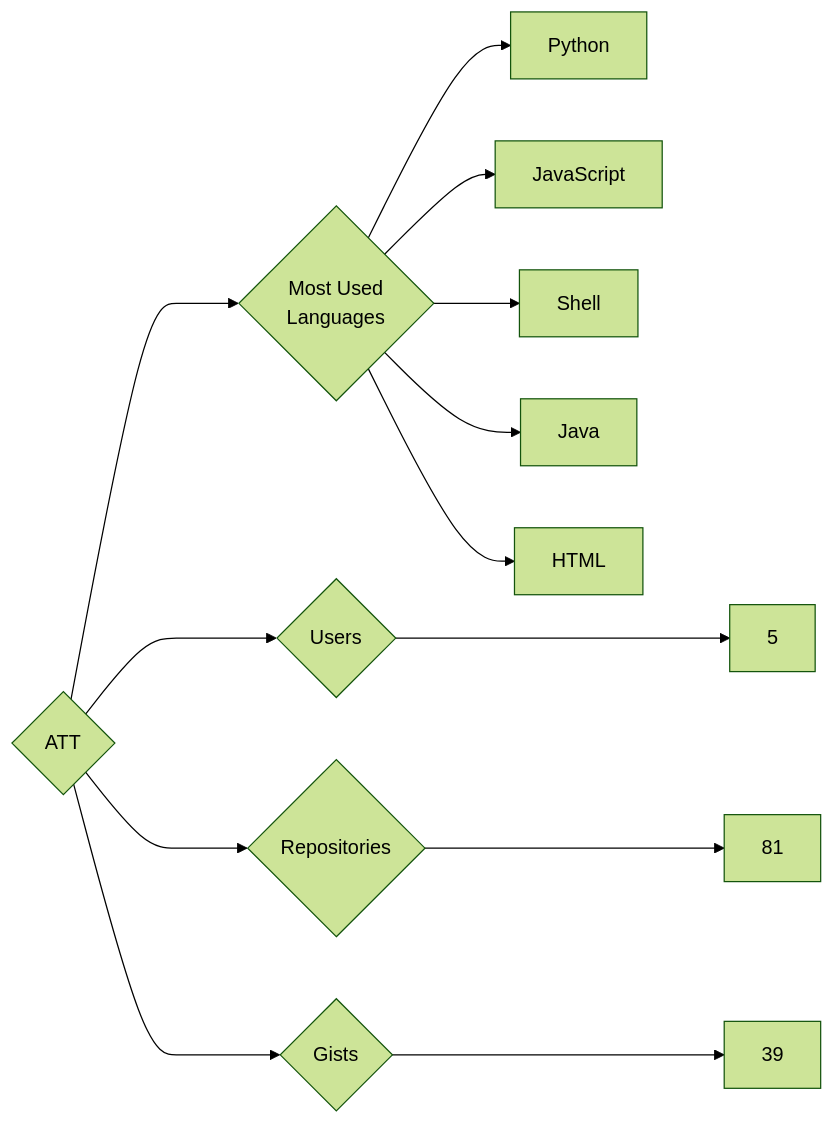
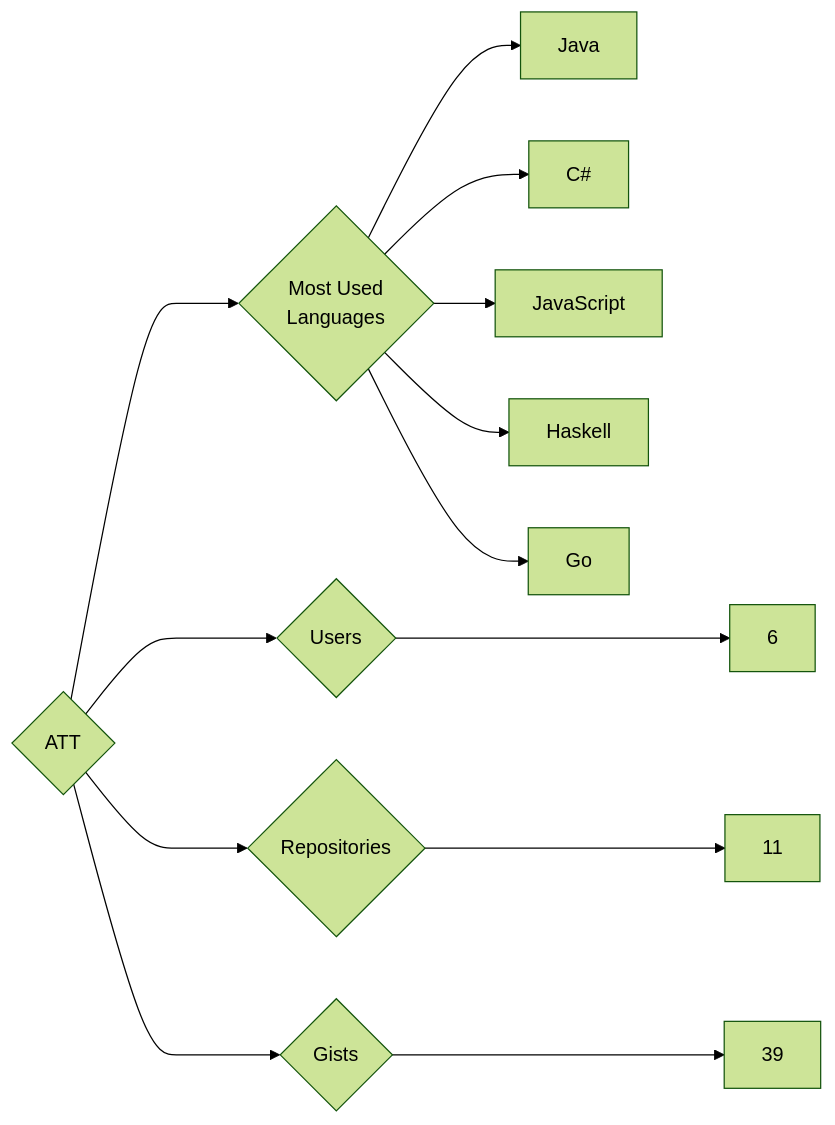
One commit to trickest/insiders changed the diagram in targets/ATT/README.md. Above: the diagram before and after it, drawn with Mermaid (forest theme). The commit also changed 1123 other files, not shown here.

````diff
--- a/targets/ATT/README.md
+++ b/targets/ATT/README.md
@@ -3,13 +3,13 @@
 ```mermaid
 graph LR
 COMPANY_NAME{ATT}
-COMPANY_NAME ---> U{Users} ---> UN[5]
-COMPANY_NAME ---> R{Repositories} ---> RN[81]
+COMPANY_NAME ---> U{Users} ---> UN[6]
+COMPANY_NAME ---> R{Repositories} ---> RN[11]
 COMPANY_NAME ---> G{Gists} ---> GN[39]
 COMPANY_NAME ---> ML{Most Used<br>Languages}
-ML --> Python[Python]
+ML --> Java[Java]
+ML --> C#[C#]
 ML --> JavaScript[JavaScript]
-ML --> Shell[Shell]
-ML --> Java[Java]
-ML --> HTML[HTML]
+ML --> Haskell[Haskell]
+ML --> Go[Go]
 ```
````
